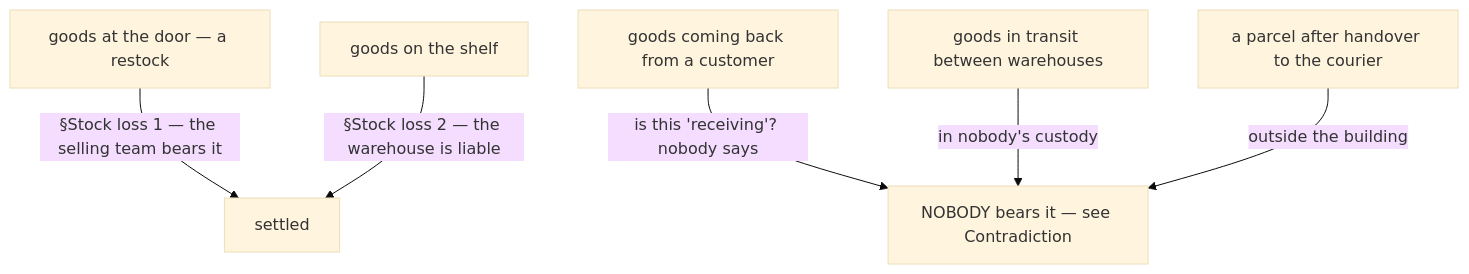
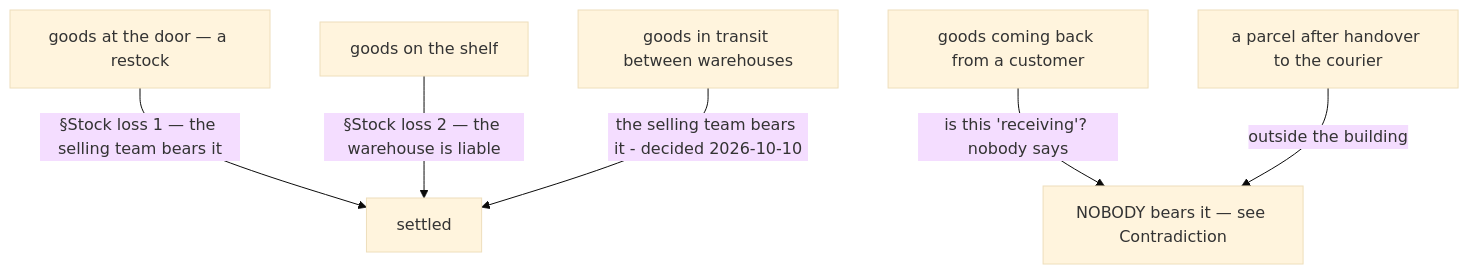
One commit to pdcgo/warehouse_revamp changed the sixth of 10 diagrams in docs/business/inventory/context_clarify.md. Above: the diagram before and after it, drawn with Mermaid (base theme). The commit also changed other lines of this file and 11 other files, not shown here.

````diff
--- a/docs/business/inventory/context_clarify.md
+++ b/docs/business/inventory/context_clarify.md
@@ -341,8 +341,8 @@
 ```mermaid
 flowchart TB
   A["goods at the door — a restock"] -->|"§Stock loss 1 — the selling team bears it"| S["settled"]
   B["goods coming back from a customer"] -->|"is this 'receiving'? nobody says"| G["NOBODY bears it — see Contradiction"]
   C["goods on the shelf"] -->|"§Stock loss 2 — the warehouse is liable"| S
-  D["goods in transit between warehouses"] -->|"in nobody's custody"| G
+  D["goods in transit between warehouses"] -->|"the selling team bears it - decided 2026-10-10"| S
   E["a parcel after handover to the courier"] -->|"outside the building"| G
 ```
````
